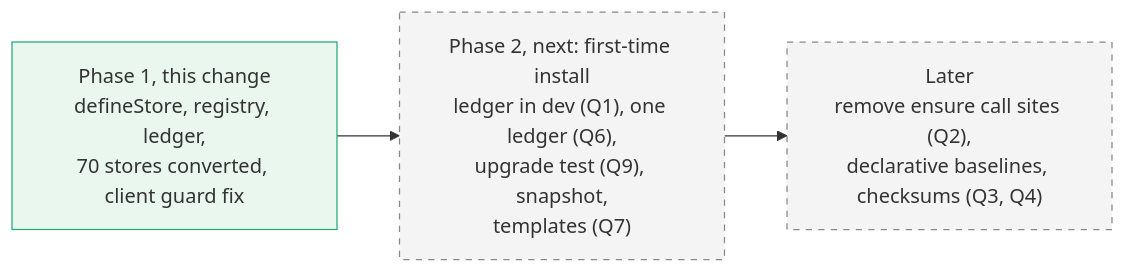
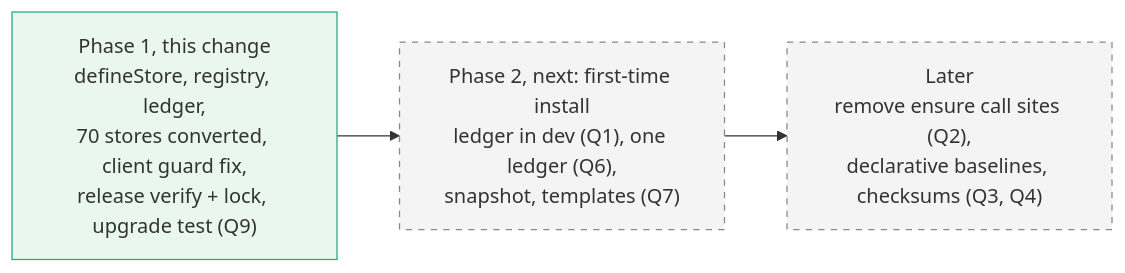
One commit to BuilderIO/agent-native changed diagram 17 of 20 in docs/plans/2026-09-28-store-registry-schema-ownership.md. Above: the diagram before and after it, drawn with Mermaid. The commit also changed other lines of this file and 15 other files, not shown here.

First line of the commit message:
Move schema verification to the release step and add the upgrade test

````diff
--- a/docs/plans/2026-09-28-store-registry-schema-ownership.md
+++ b/docs/plans/2026-09-28-store-registry-schema-ownership.md
@@ -882,11 +868,11 @@
 ```mermaid
 flowchart LR
-  P1["Phase 1, this change<br/>defineStore, registry, ledger,<br/>70 stores converted, client guard fix"]
-  P2["Phase 2, next: first-time install<br/>ledger in dev (Q1), one ledger (Q6),<br/>upgrade test (Q9), snapshot,<br/>templates (Q7)"]
+  P1["Phase 1, this change<br/>defineStore, registry, ledger,<br/>70 stores converted, client guard fix,<br/>release verify + lock, upgrade test (Q9)"]
+  P2["Phase 2, next: first-time install<br/>ledger in dev (Q1), one ledger (Q6),<br/>snapshot, templates (Q7)"]
   P3["Later<br/>remove ensure call sites (Q2),<br/>declarative baselines, checksums (Q3, Q4)"]
   P1 --> P2 --> P3
   classDef done fill:#e9f7ef,stroke:#2a7
   classDef next fill:#f4f4f4,stroke:#888,stroke-dasharray: 5 5
   class P1 done
   class P2,P3 next
 ```
````
